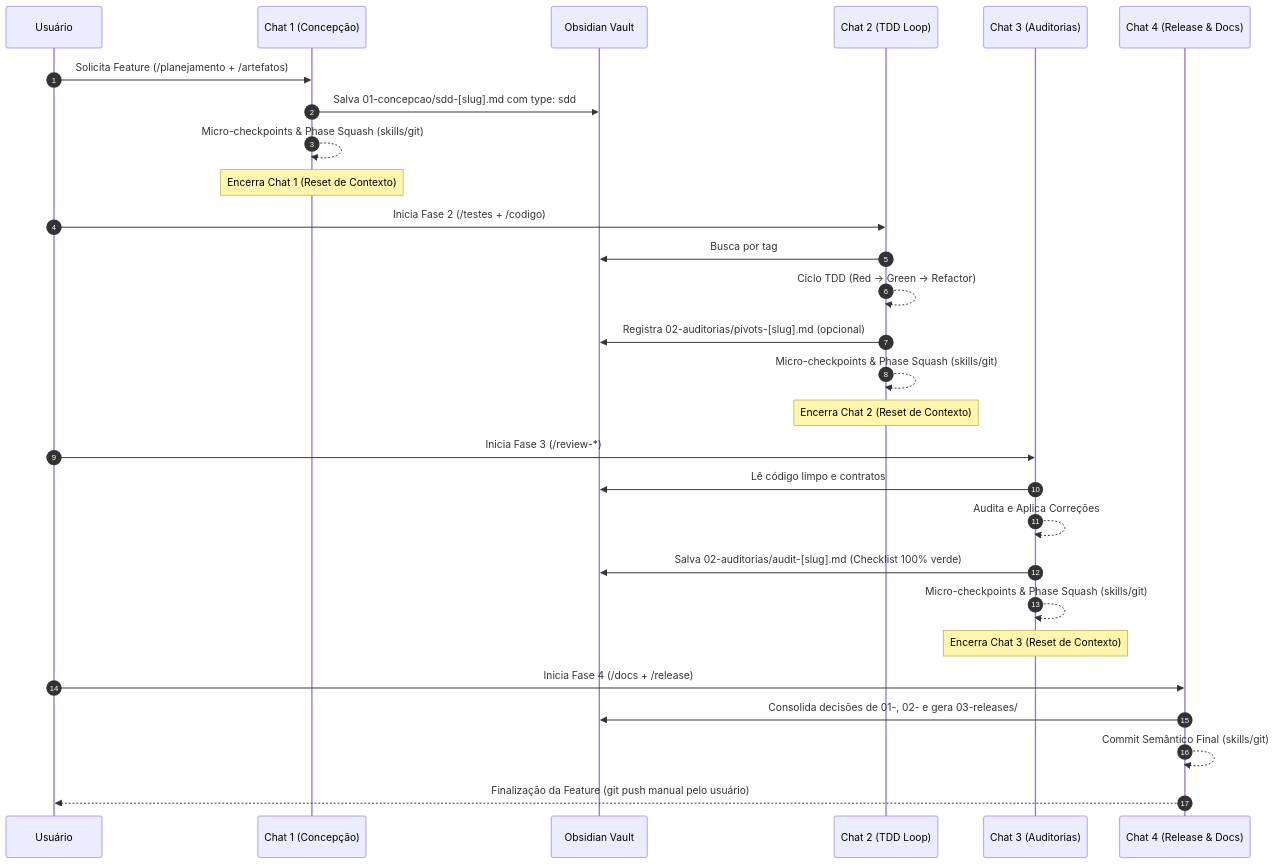
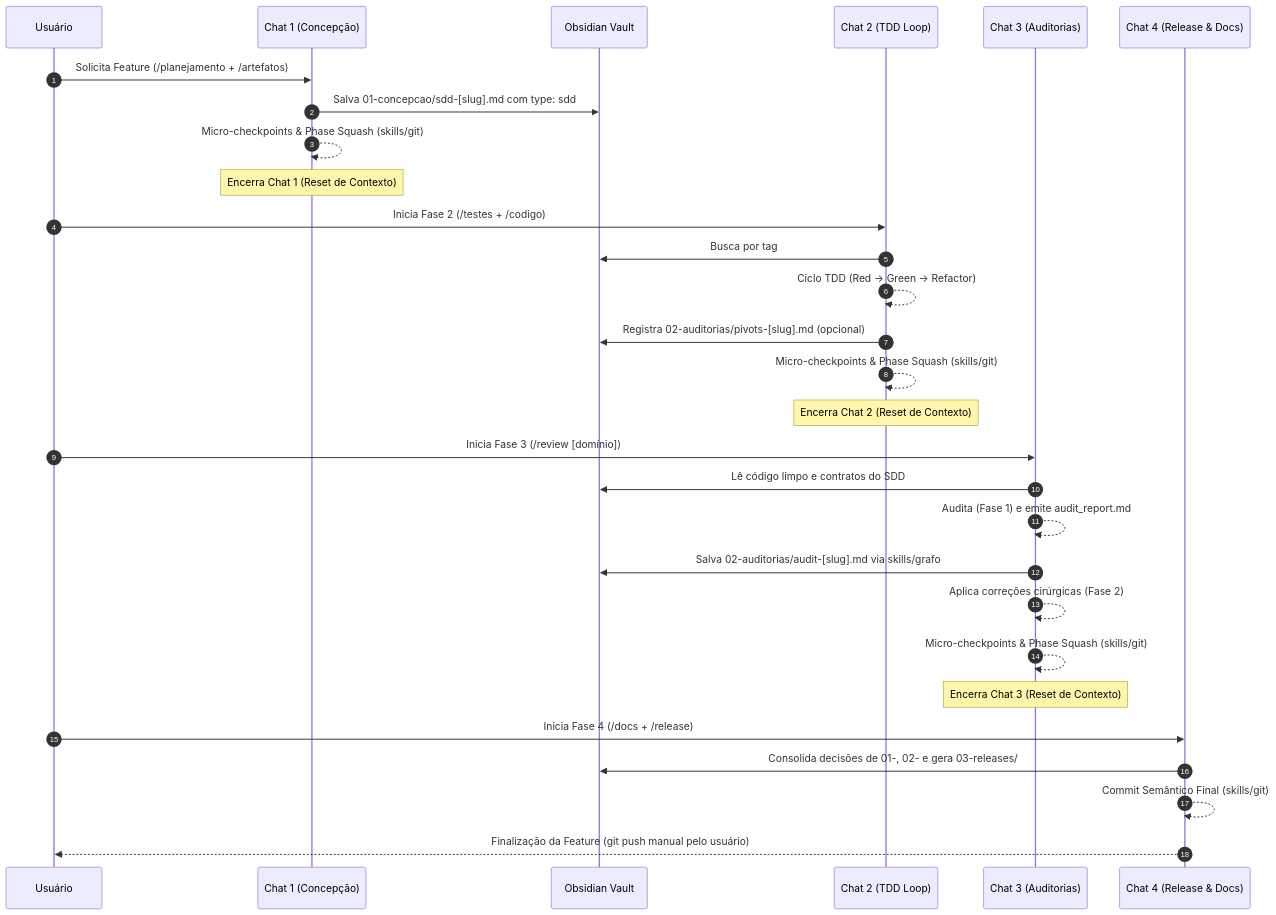
One commit to MarcosVeniciu/antigravity-agentic-workflows changed the diagram in docs-antigravity/guia-fluxo-desenvolvimento.md. Above: the diagram before and after it, drawn with Mermaid. The commit also changed other lines of this file and 28 other files, not shown here.

````diff
--- a/docs-antigravity/guia-fluxo-desenvolvimento.md
+++ b/docs-antigravity/guia-fluxo-desenvolvimento.md
@@ -82,34 +91,35 @@
 ```mermaid
 sequenceDiagram
     autonumber
     participant U as Usuário
     participant C1 as Chat 1 (Concepção)
     participant V as Obsidian Vault
     participant C2 as Chat 2 (TDD Loop)
     participant C3 as Chat 3 (Auditorias)
     participant C4 as Chat 4 (Release & Docs)
 
     U->>C1: Solicita Feature (/planejamento + /artefatos)
     C1->>V: Salva 01-concepcao/sdd-[slug].md com type: sdd
     C1-->>C1: Micro-checkpoints & Phase Squash (skills/git)
     Note over C1: Encerra Chat 1 (Reset de Contexto)
 
     U->>C2: Inicia Fase 2 (/testes + /codigo)
     C2->>V: Busca por tag #plan_implement e feature: [slug]
     C2-->>C2: Ciclo TDD (Red -> Green -> Refactor)
     C2->>V: Registra 02-auditorias/pivots-[slug].md (opcional)
     C2-->>C2: Micro-checkpoints & Phase Squash (skills/git)
     Note over C2: Encerra Chat 2 (Reset de Contexto)
 
-    U->>C3: Inicia Fase 3 (/review-*)
-    C3->>V: Lê código limpo e contratos
-    C3-->>C3: Audita e Aplica Correções
-    C3->>V: Salva 02-auditorias/audit-[slug].md (Checklist 100% verde)
+    U->>C3: Inicia Fase 3 (/review [domínio])
+    C3->>V: Lê código limpo e contratos do SDD
+    C3-->>C3: Audita (Fase 1) e emite audit_report.md
+    C3->>V: Salva 02-auditorias/audit-[slug].md via skills/grafo
+    C3-->>C3: Aplica correções cirúrgicas (Fase 2)
     C3-->>C3: Micro-checkpoints & Phase Squash (skills/git)
     Note over C3: Encerra Chat 3 (Reset de Contexto)
 
     U->>C4: Inicia Fase 4 (/docs + /release)
     C4->>V: Consolida decisões de 01-, 02- e gera 03-releases/
     C4-->>C4: Commit Semântico Final (skills/git)
     C4-->>U: Finalização da Feature (git push manual pelo usuário)
 ```
````
